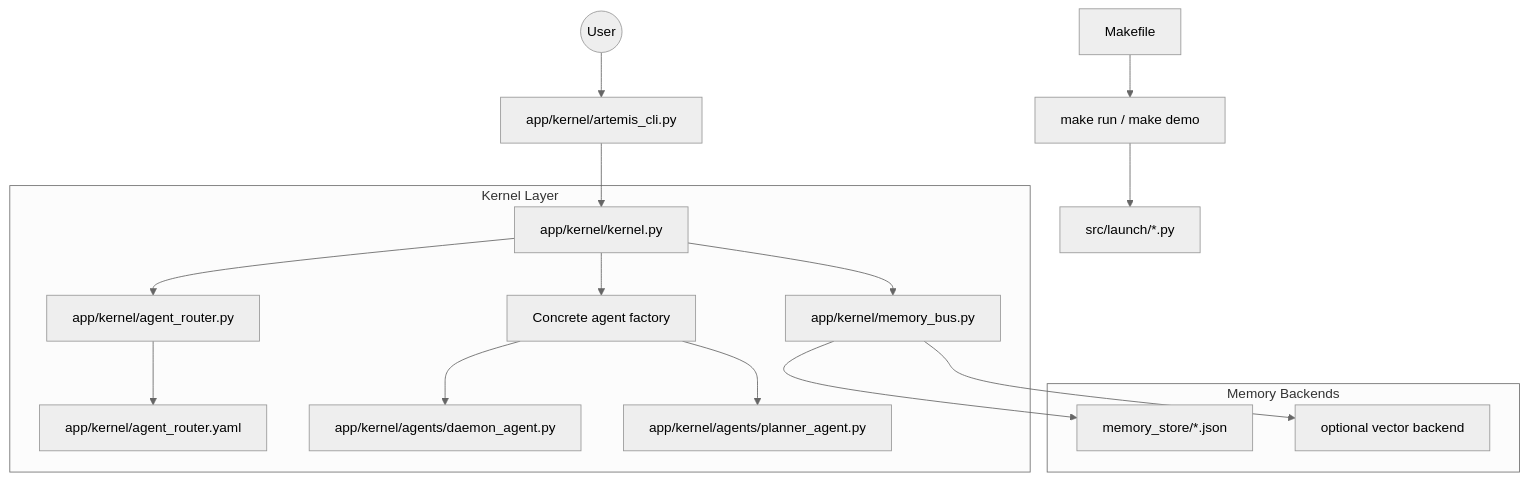
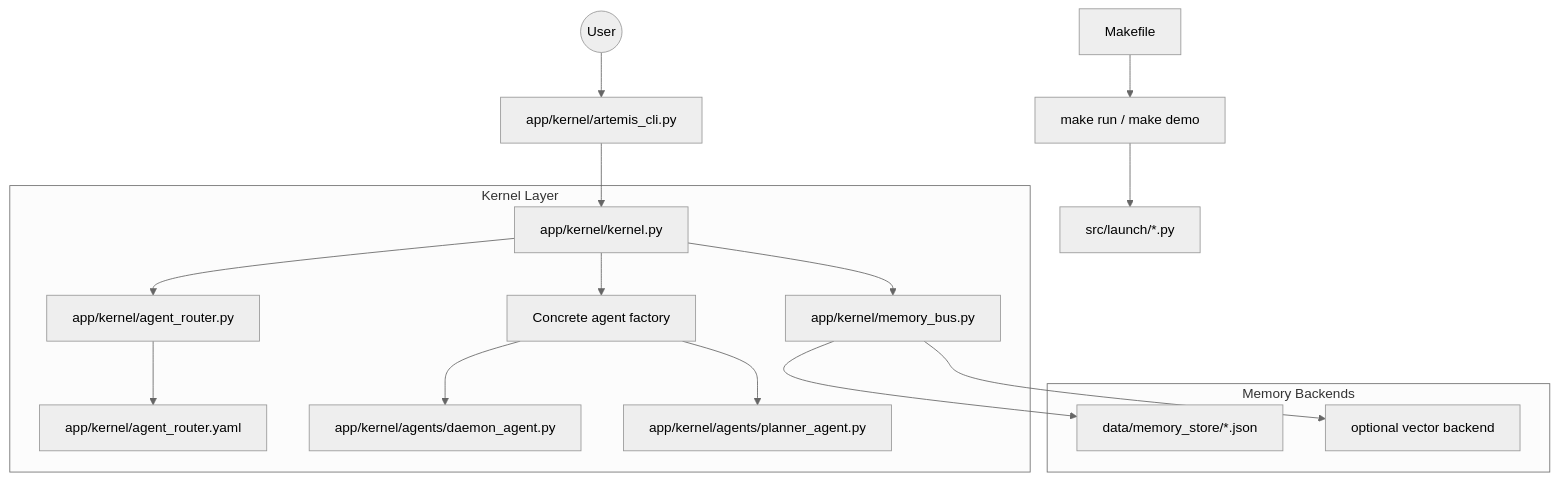
Before and after one commit to AgenticGovernace/AgenticGovernance-ArtemisCity: the first of 2 diagrams in docs/kernel.md, drawn with Mermaid (neutral theme). The commit also changed other lines of this file and 39 other files, not shown here.

````diff
--- a/docs/kernel.md
+++ b/docs/kernel.md
@@ -19,21 +19,21 @@
 ```mermaid
 graph TD
     User((User)) --> CLI[app/kernel/artemis_cli.py]
     Makefile --> CoreCLI[make run / make demo]
     CoreCLI --> Launch[src/launch/*.py]
     CLI --> Kernel[app/kernel/kernel.py]
 
     subgraph "Kernel Layer"
         Kernel --> Router[app/kernel/agent_router.py]
         Kernel --> MemoryBus[app/kernel/memory_bus.py]
         Kernel --> AgentFactory[Concrete agent factory]
         Router --> RouterConfig[app/kernel/agent_router.yaml]
         AgentFactory --> DaemonAgent[app/kernel/agents/daemon_agent.py]
         AgentFactory --> PlannerAgent[app/kernel/agents/planner_agent.py]
     end
 
     subgraph "Memory Backends"
-        MemoryBus --> FileMemory[memory_store/*.json]
+        MemoryBus --> FileMemory[data/memory_store/*.json]
         MemoryBus --> VectorMemory[optional vector backend]
     end
 ```
````
